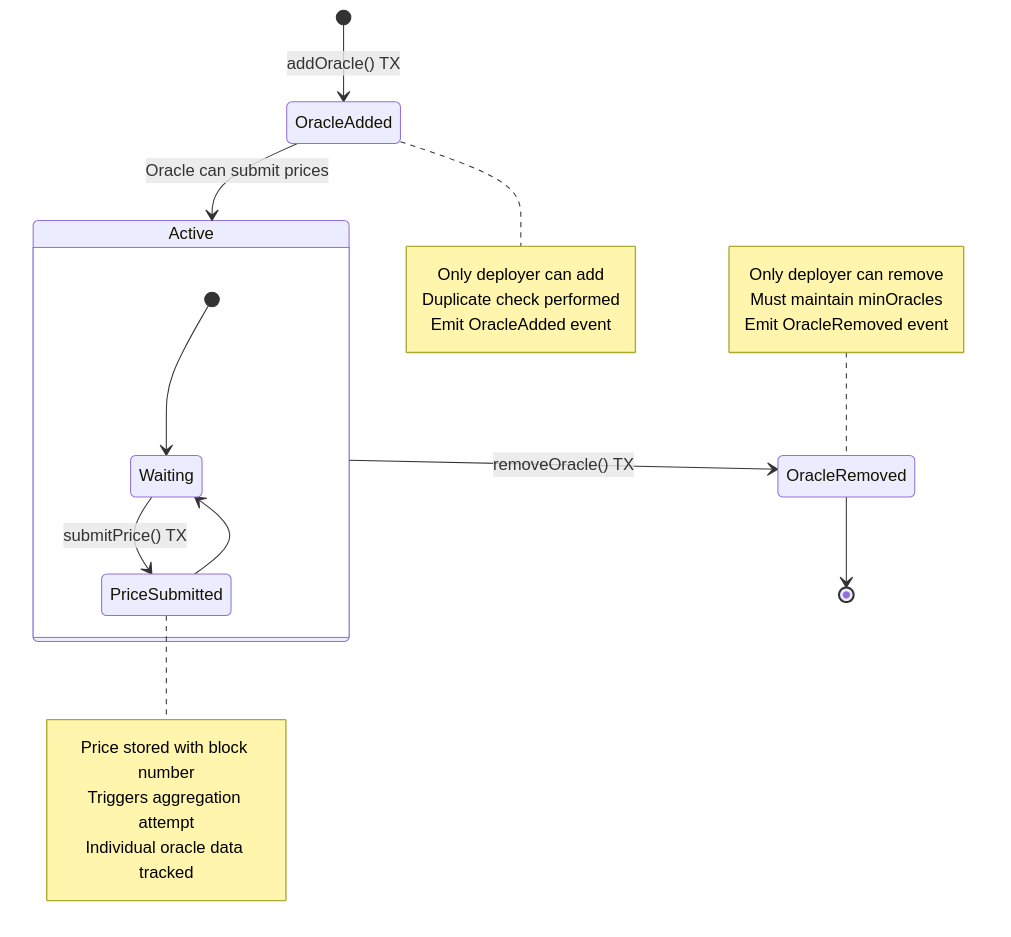
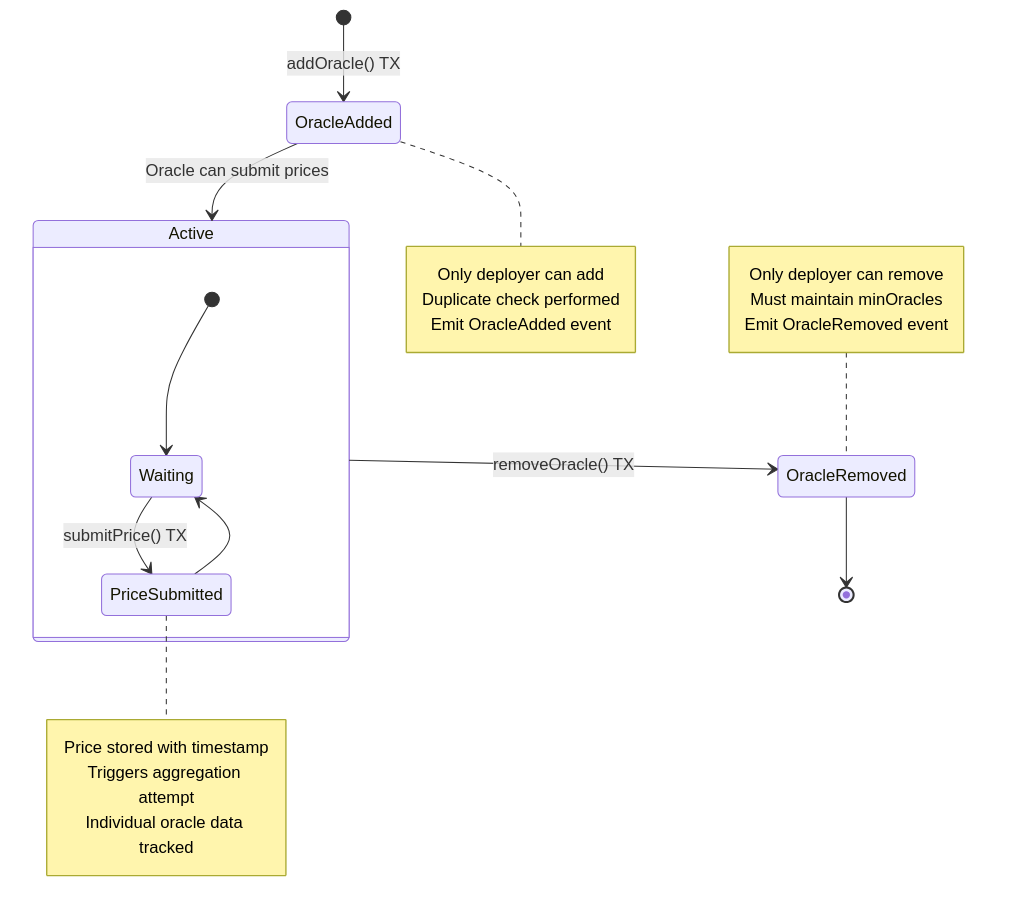
Before and after one commit to btc-vision/opnet-skills: the fifth of 5 diagrams in docs/btc-runtime/examples/oracle-integration.md, drawn with Mermaid. The commit also changed other lines of this file and 35 other files, not shown here.

````diff
--- a/docs/btc-runtime/examples/oracle-integration.md
+++ b/docs/btc-runtime/examples/oracle-integration.md
@@ -233,31 +235,31 @@
 ```mermaid
 stateDiagram-v2
     [*] --> OracleAdded: addOracle() TX
     OracleAdded --> Active: Oracle can submit prices
     Active --> OracleRemoved: removeOracle() TX
     OracleRemoved --> [*]
 
     state Active {
         [*] --> Waiting
         Waiting --> PriceSubmitted: submitPrice() TX
         PriceSubmitted --> Waiting
     }
 
     note right of OracleAdded
         Only deployer can add
         Duplicate check performed
         Emit OracleAdded event
     end note
 
     note left of OracleRemoved
         Only deployer can remove
         Must maintain minOracles
         Emit OracleRemoved event
     end note
 
     note right of PriceSubmitted
-        Price stored with block number
+        Price stored with timestamp
         Triggers aggregation attempt
         Individual oracle data tracked
     end note
 ```
````
